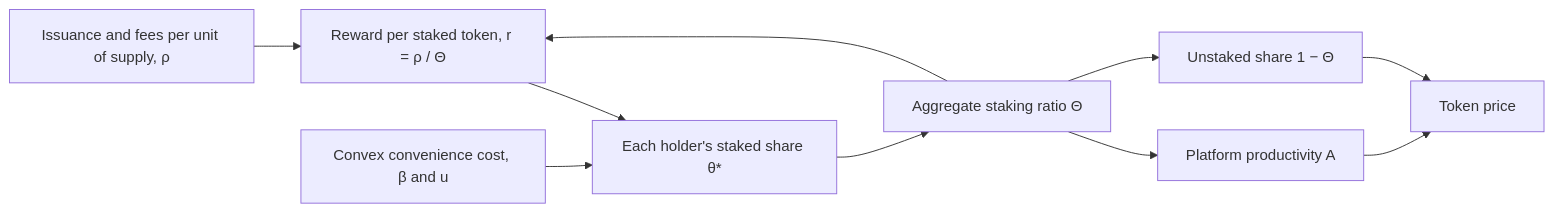
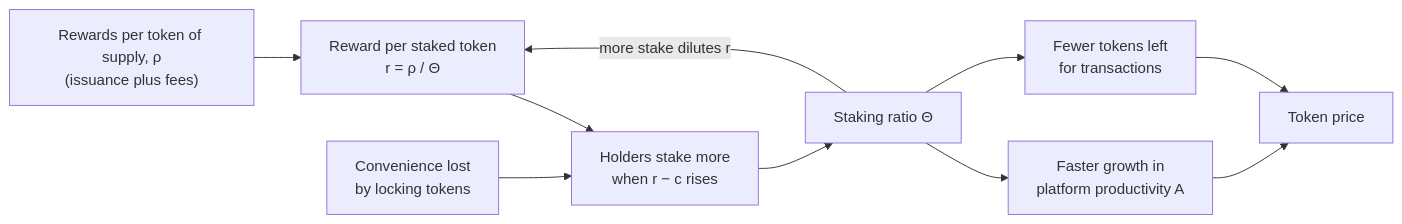
Before and after one commit to bonding-curves/avalanche-phase-ii-research: the diagram in content/Phase II/Wiki/Collections/Supplementary Research Papers/2025 The Tokenomics of Staking.md, drawn with Mermaid. The commit also changed other lines of this file and 27 other files, not shown here.

````diff
--- a/content/Phase II/Wiki/Collections/Supplementary Research Papers/2025 The Tokenomics of Staking.md
+++ b/content/Phase II/Wiki/Collections/Supplementary Research Papers/2025 The Tokenomics of Staking.md
@@ -30,12 +20,12 @@
 ```mermaid
 flowchart LR
-  I["Issuance and fees per unit of supply, ρ"] --> R["Reward per staked token, r = ρ / Θ"]
-  R --> C["Each holder's staked share θ*"]
-  K["Convex convenience cost, β and u"] --> C
-  C --> T["Aggregate staking ratio Θ"]
-  T --> R
-  T --> A["Platform productivity A"]
-  T --> L["Unstaked share 1 − Θ"]
-  A --> P["Token price"]
-  L --> P
+  P["Rewards per token of supply, ρ<br/>(issuance plus fees)"] --> R["Reward per staked token<br/>r = ρ / Θ"]
+  R --> H["Holders stake more<br/>when r − c rises"]
+  K["Convenience lost<br/>by locking tokens"] --> H
+  H --> T["Staking ratio Θ"]
+  T -->|"more stake dilutes r"| R
+  T --> A["Faster growth in<br/>platform productivity A"]
+  T --> L["Fewer tokens left<br/>for transactions"]
+  A --> PR["Token price"]
+  L --> PR
 ```
````
